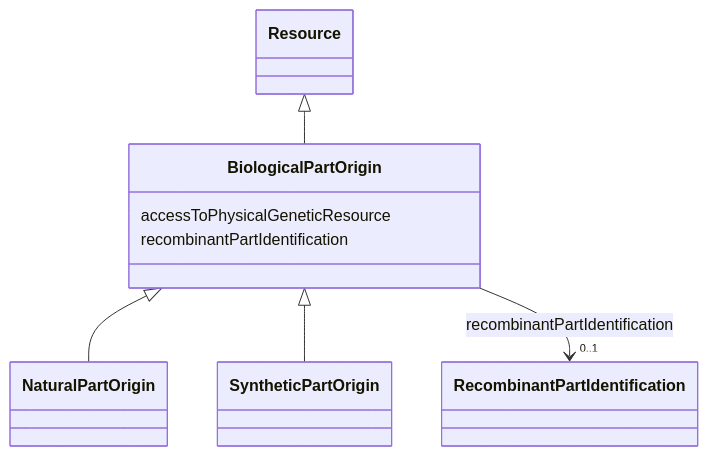
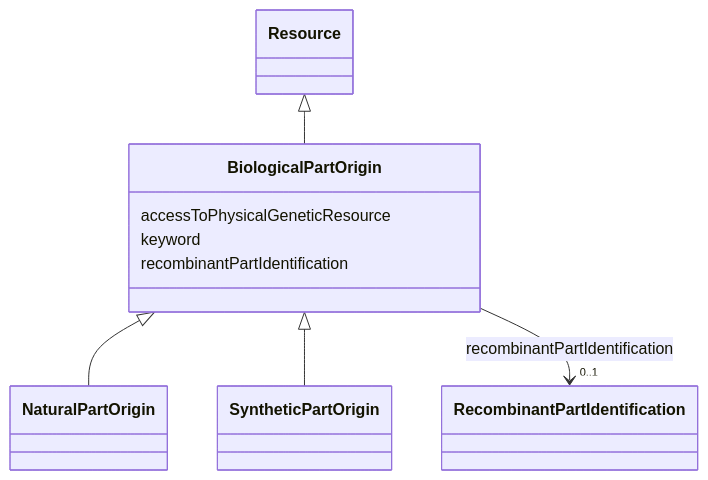
The diagram in models/docs/BiologicalPartOrigin.md (EVORA-project/evora-ontology), drawn with Mermaid before and after one commit. The commit also changed other lines of this file and 402 other files, not shown here.

````diff
--- a/models/docs/BiologicalPartOrigin.md
+++ b/models/docs/BiologicalPartOrigin.md
@@ -21,27 +21,29 @@
 ```mermaid
  classDiagram
     class BiologicalPartOrigin
     click BiologicalPartOrigin href "../BiologicalPartOrigin"
       Resource <|-- BiologicalPartOrigin
         click Resource href "../Resource"
       
 
       BiologicalPartOrigin <|-- NaturalPartOrigin
         click NaturalPartOrigin href "../NaturalPartOrigin"
       BiologicalPartOrigin <|-- SyntheticPartOrigin
         click SyntheticPartOrigin href "../SyntheticPartOrigin"
       
       
       BiologicalPartOrigin : accessToPhysicalGeneticResource
         
+      BiologicalPartOrigin : keyword
+        
       BiologicalPartOrigin : recombinantPartIdentification
         
           
     
     
     BiologicalPartOrigin --> "0..1" RecombinantPartIdentification : recombinantPartIdentification
     click RecombinantPartIdentification href "../RecombinantPartIdentification"
 
         
       
 ```
````
